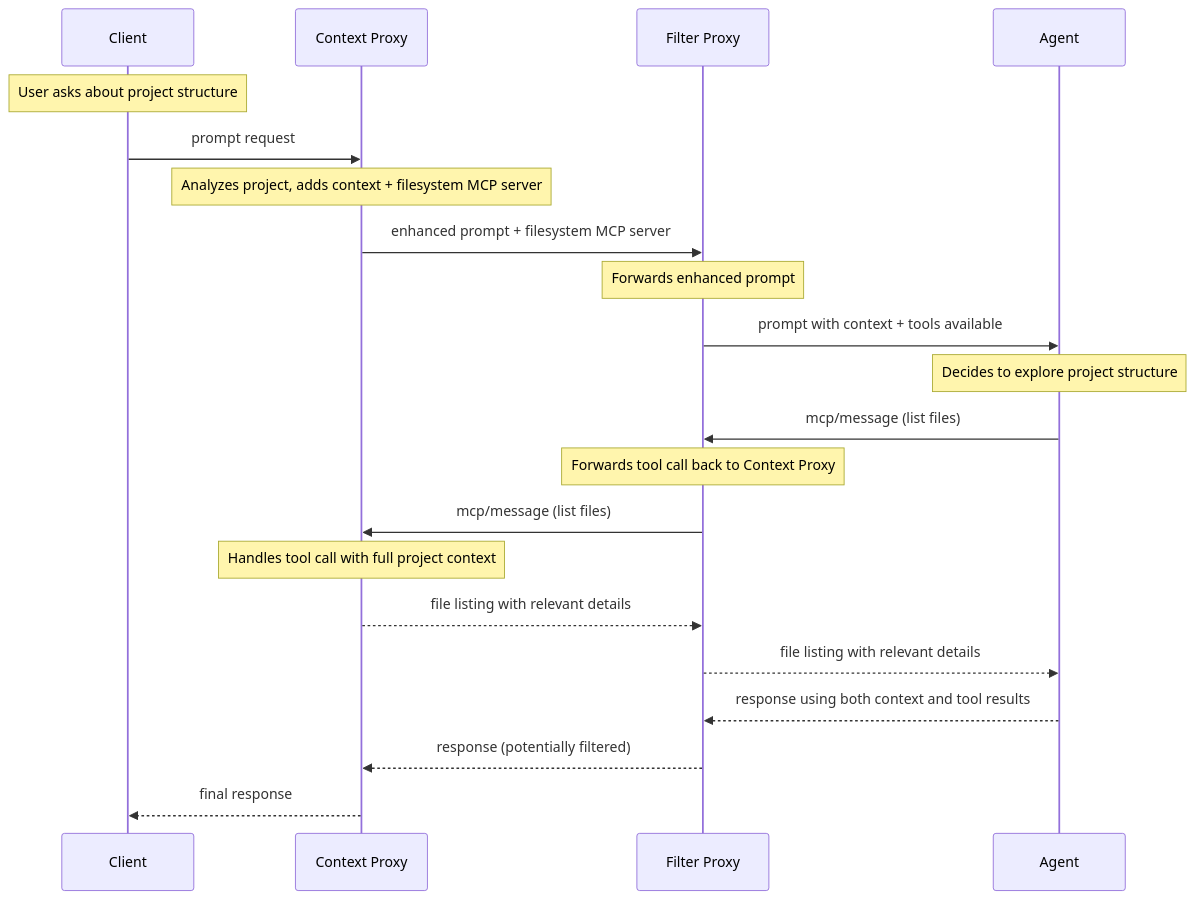
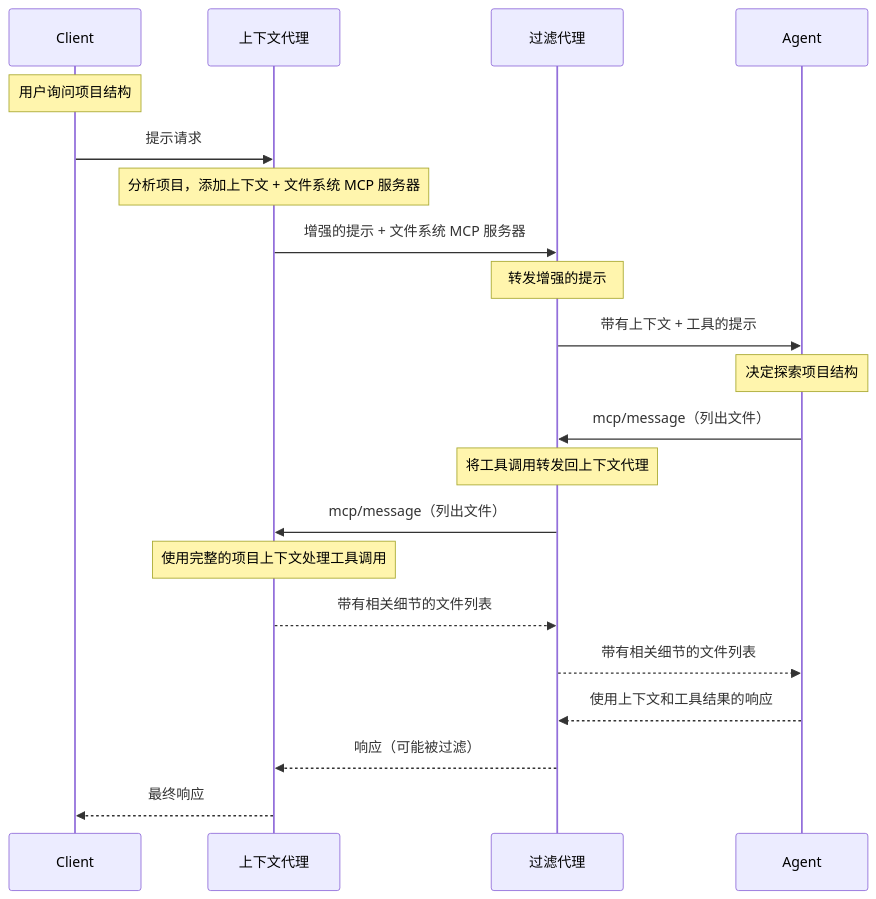
Before and after one commit to cxykevin/acp-docs-cn: diagram 11 of 11 in rfds/proxy-chains.mdx, drawn with Mermaid. The commit also changed other lines of this file and 15 other files, not shown here.

````diff
--- a/rfds/proxy-chains.mdx
+++ b/rfds/proxy-chains.mdx
@@ -416,30 +416,30 @@
 ```mermaid
 sequenceDiagram
     participant Client
-    participant P1 as Context Proxy
-    participant P2 as Filter Proxy
+    participant P1 as 上下文代理
+    participant P2 as 过滤代理
     participant Agent
 
-    Note over Client: User asks about project structure
-    Client->>P1: prompt request
+    Note over Client: 用户询问项目结构
+    Client->>P1: 提示请求
 
-    Note over P1: Analyzes project, adds context + filesystem MCP server
-    P1->>P2: enhanced prompt + filesystem MCP server
+    Note over P1: 分析项目，添加上下文 + 文件系统 MCP 服务器
+    P1->>P2: 增强的提示 + 文件系统 MCP 服务器
 
-    Note over P2: Forwards enhanced prompt
-    P2->>Agent: prompt with context + tools available
+    Note over P2: 转发增强的提示
+    P2->>Agent: 带有上下文 + 工具的提示
 
-    Note over Agent: Decides to explore project structure
-    Agent->>P2: mcp/message (list files)
+    Note over Agent: 决定探索项目结构
+    Agent->>P2: mcp/message（列出文件）
 
-    Note over P2: Forwards tool call back to Context Proxy
-    P2->>P1: mcp/message (list files)
+    Note over P2: 将工具调用转发回上下文代理
+    P2->>P1: mcp/message（列出文件）
 
-    Note over P1: Handles tool call with full project context
-    P1-->>P2: file listing with relevant details
-    P2-->>Agent: file listing with relevant details
+    Note over P1: 使用完整的项目上下文处理工具调用
+    P1-->>P2: 带有相关细节的文件列表
+    P2-->>Agent: 带有相关细节的文件列表
 
-    Agent-->>P2: response using both context and tool results
-    P2-->>P1: response (potentially filtered)
-    P1-->>Client: final response
+    Agent-->>P2: 使用上下文和工具结果的响应
+    P2-->>P1: 响应（可能被过滤）
+    P1-->>Client: 最终响应
 ```
````
